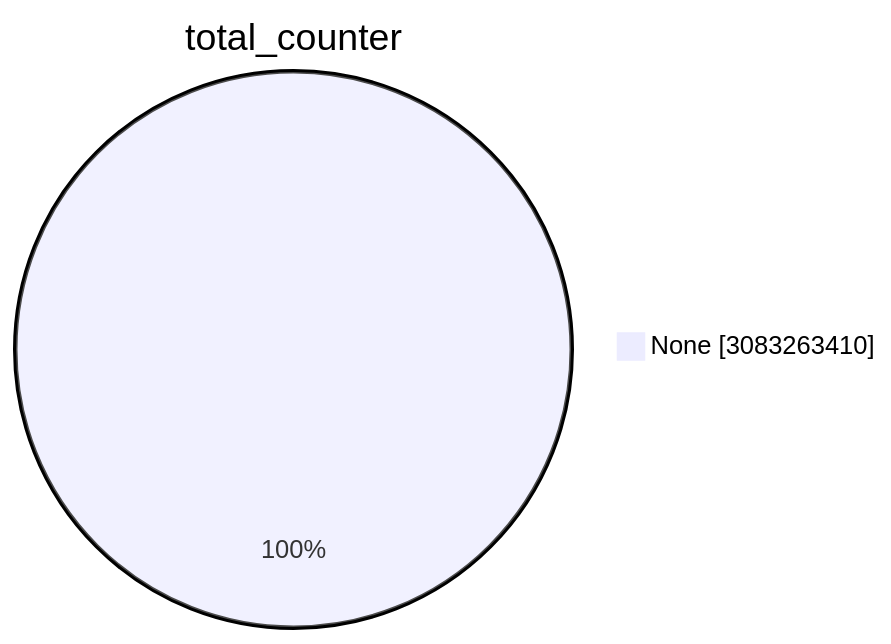
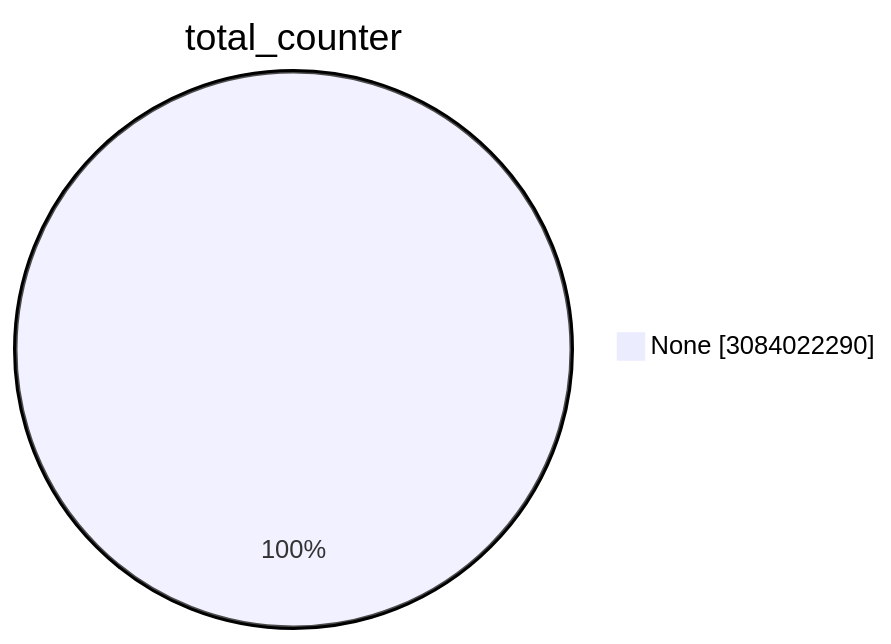
The first of 15 diagrams in TOTAL/README.md (christiankrug/ctmonitor_visualization), drawn with Mermaid before and after one commit. The commit also changed other lines of this file, not shown here.

````diff
--- a/TOTAL/README.md
+++ b/TOTAL/README.md
@@ -1,5 +1,5 @@
 ```mermaid
 pie showData
 title total_counter
-"None" :3083263410
+"None" :3084022290
 ```
````
